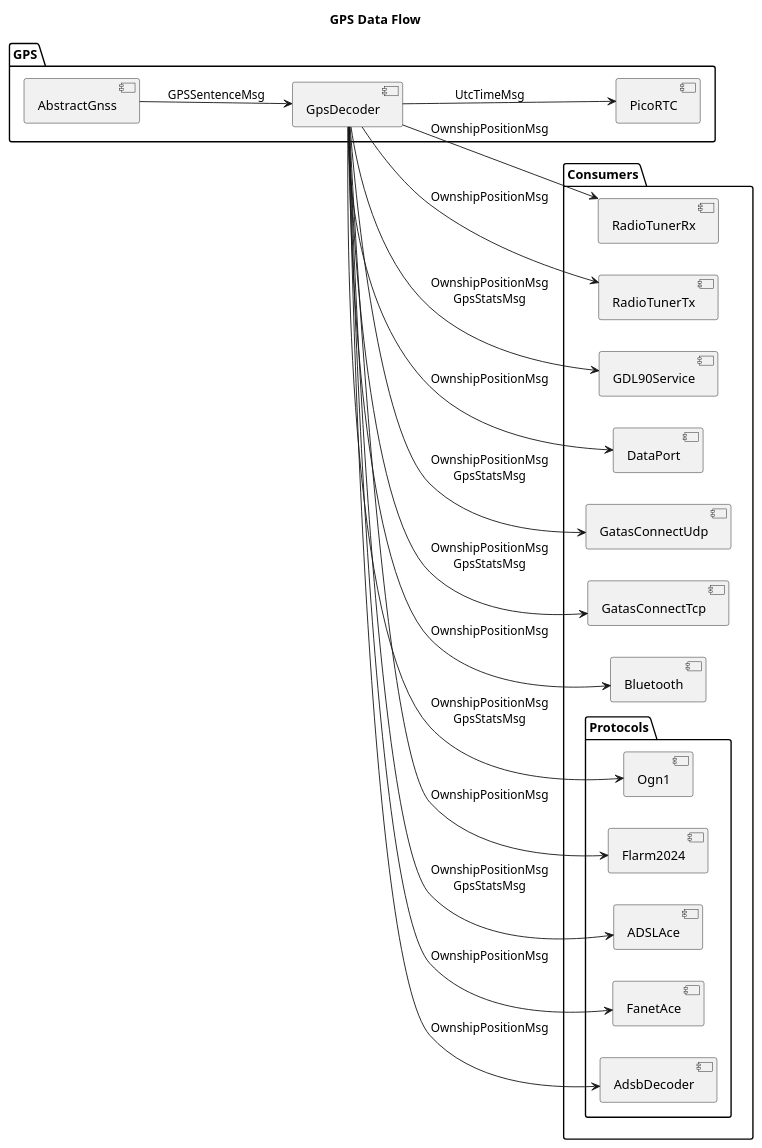
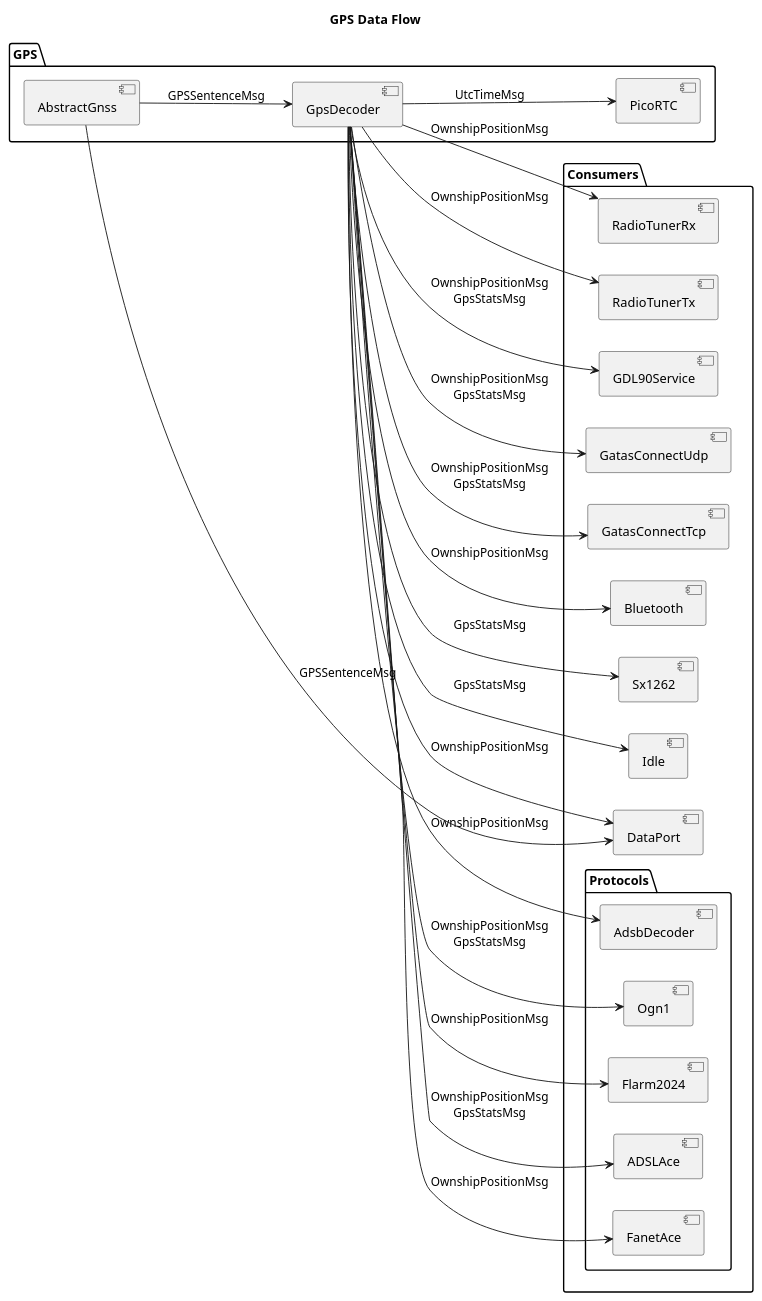
Before and after one commit to rvt/openace: the second of 7 diagrams in doc/message-bus.md, drawn with PlantUML. The commit also changed other lines of this file and 8 other files, not shown here.

````diff
--- a/doc/message-bus.md
+++ b/doc/message-bus.md
@@ -68,50 +102,56 @@
 ```plantuml
 ' =====================================================================
 ' GPS DATA FLOW
 ' =====================================================================
 @startuml
 title GPS Data Flow
 
 left to right direction
 
 package "GPS" {
     [AbstractGnss]
     [GpsDecoder]
     [PicoRTC]
 }
 
 package "Consumers" {
     package "Protocols" {
         [Ogn1]
         [Flarm2024]
         [ADSLAce]
         [FanetAce]
         [AdsbDecoder]
     }
     [RadioTunerRx]
     [RadioTunerTx]
     [GDL90Service]
     [DataPort]
     [GatasConnectUdp]
     [GatasConnectTcp]
     [Bluetooth]
+    [Sx1262]
+    [Idle]
 }
 
 [AbstractGnss] --> [GpsDecoder] : GPSSentenceMsg
 [GpsDecoder] --> [Ogn1] : OwnshipPositionMsg\nGpsStatsMsg
 [GpsDecoder] --> [Flarm2024] : OwnshipPositionMsg
 [GpsDecoder] --> [ADSLAce] : OwnshipPositionMsg\nGpsStatsMsg
 [GpsDecoder] --> [FanetAce] : OwnshipPositionMsg
 [GpsDecoder] --> [AdsbDecoder] : OwnshipPositionMsg
 [GpsDecoder] --> [RadioTunerRx] : OwnshipPositionMsg
 [GpsDecoder] --> [RadioTunerTx] : OwnshipPositionMsg
 [GpsDecoder] --> [GDL90Service] : OwnshipPositionMsg\nGpsStatsMsg
 [GpsDecoder] --> [DataPort] : OwnshipPositionMsg
 [GpsDecoder] --> [GatasConnectUdp] : OwnshipPositionMsg\nGpsStatsMsg
 [GpsDecoder] --> [GatasConnectTcp] : OwnshipPositionMsg\nGpsStatsMsg
 [GpsDecoder] --> [Bluetooth] : OwnshipPositionMsg
+[GpsDecoder] --> [Sx1262] : GpsStatsMsg
+[GpsDecoder] --> [Idle] : GpsStatsMsg
 
 [GpsDecoder] --> [PicoRTC] : UtcTimeMsg
 
+[AbstractGnss] --> [DataPort] : GPSSentenceMsg
+
 @enduml
 ```
````
